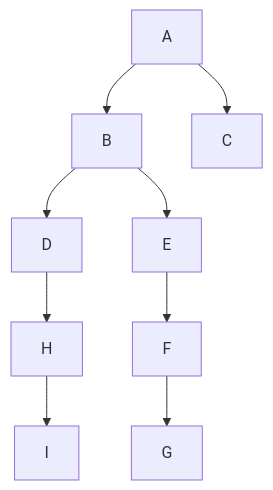
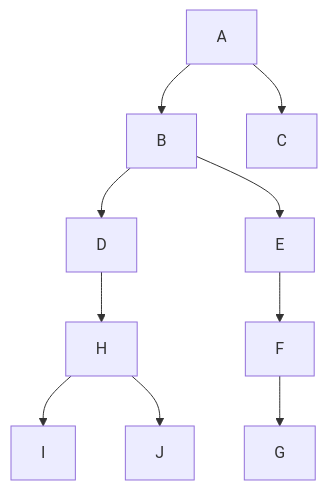
One commit to abdielreyes/algorithms_n_data_structures changed the second of 2 diagrams in amazon_prep/easy/08_diameter_of_binary_tree/problem.md. Above: the diagram before and after it, drawn with Mermaid.

Commit message:
feat: added many problems

````diff
--- a/amazon_prep/easy/08_diameter_of_binary_tree/problem.md
+++ b/amazon_prep/easy/08_diameter_of_binary_tree/problem.md
@@ -25,12 +25,13 @@
 ```mermaid
 graph TD;
     A --> B
     A --> C
     B --> D
     B --> E
     D --> H
     H --> I
+    H --> J
     E --> F
     F --> G
 
 ```
````
